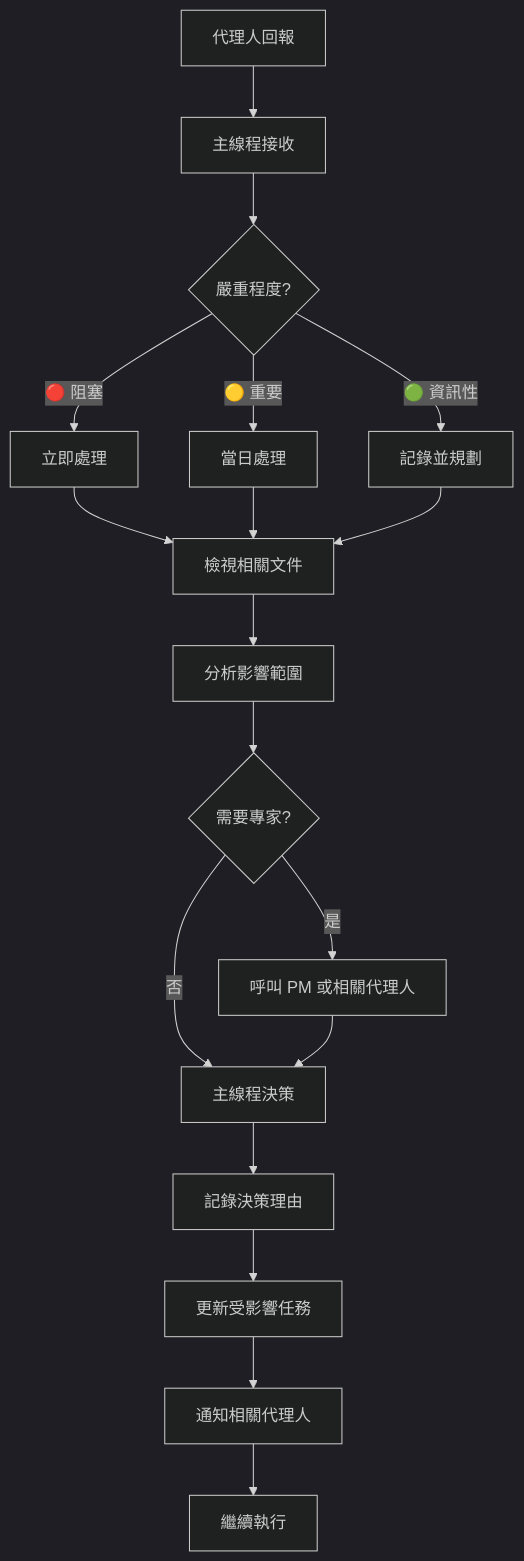
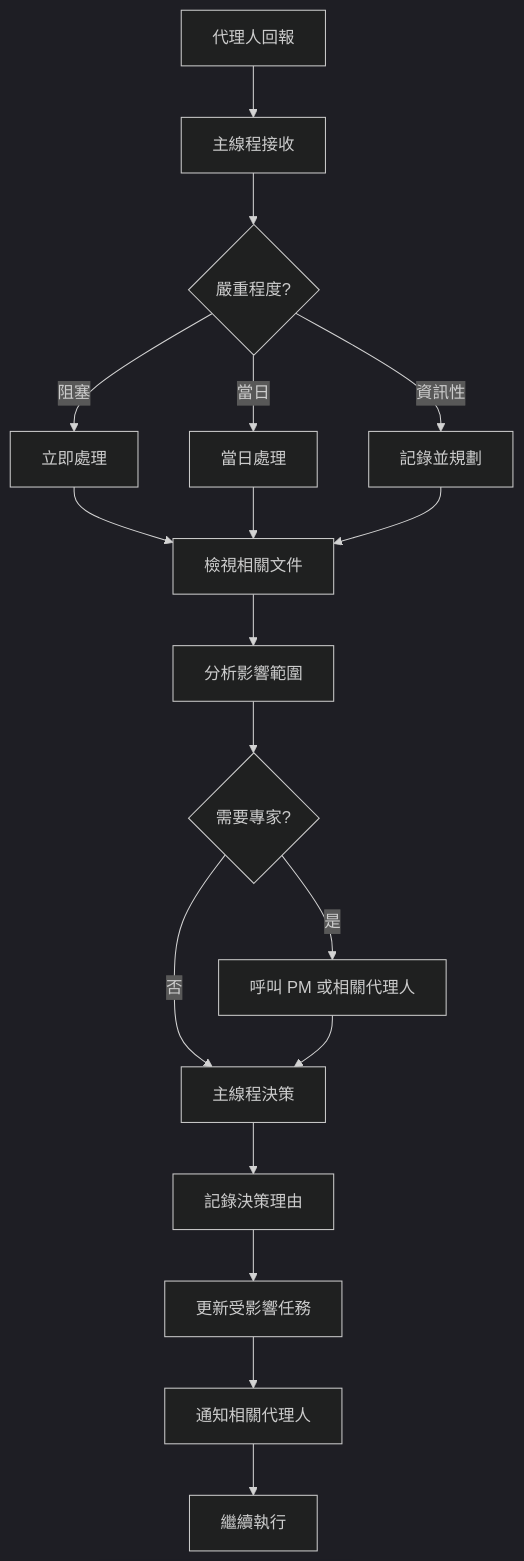
Before and after one commit to tarrragon/blog: the fifth of 8 diagrams in content/record/agile-programing-methodology.md, drawn with Mermaid (dark theme). The commit also changed other lines of this file and 11 other files, not shown here.

````diff
--- a/content/record/agile-programing-methodology.md
+++ b/content/record/agile-programing-methodology.md
@@ -1275,23 +1274,23 @@
 ```mermaid
 graph TD
     A[代理人回報] --> B[主線程接收]
     B --> C{嚴重程度?}
-    C -->|🔴 阻塞| D[立即處理]
-    C -->|🟡 重要| E[當日處理]
-    C -->|🟢 資訊性| F[記錄並規劃]
+    C -->|阻塞| D[立即處理]
+    C -->|當日| E[當日處理]
+    C -->|資訊性| F[記錄並規劃]
 
     D --> G[檢視相關文件]
     E --> G
     F --> G
 
     G --> H[分析影響範圍]
     H --> I{需要專家?}
     I -->|是| J[呼叫 PM 或相關代理人]
     I -->|否| K[主線程決策]
 
     J --> K
     K --> L[記錄決策理由]
     L --> M[更新受影響任務]
     M --> N[通知相關代理人]
     N --> O[繼續執行]
 ```
````
